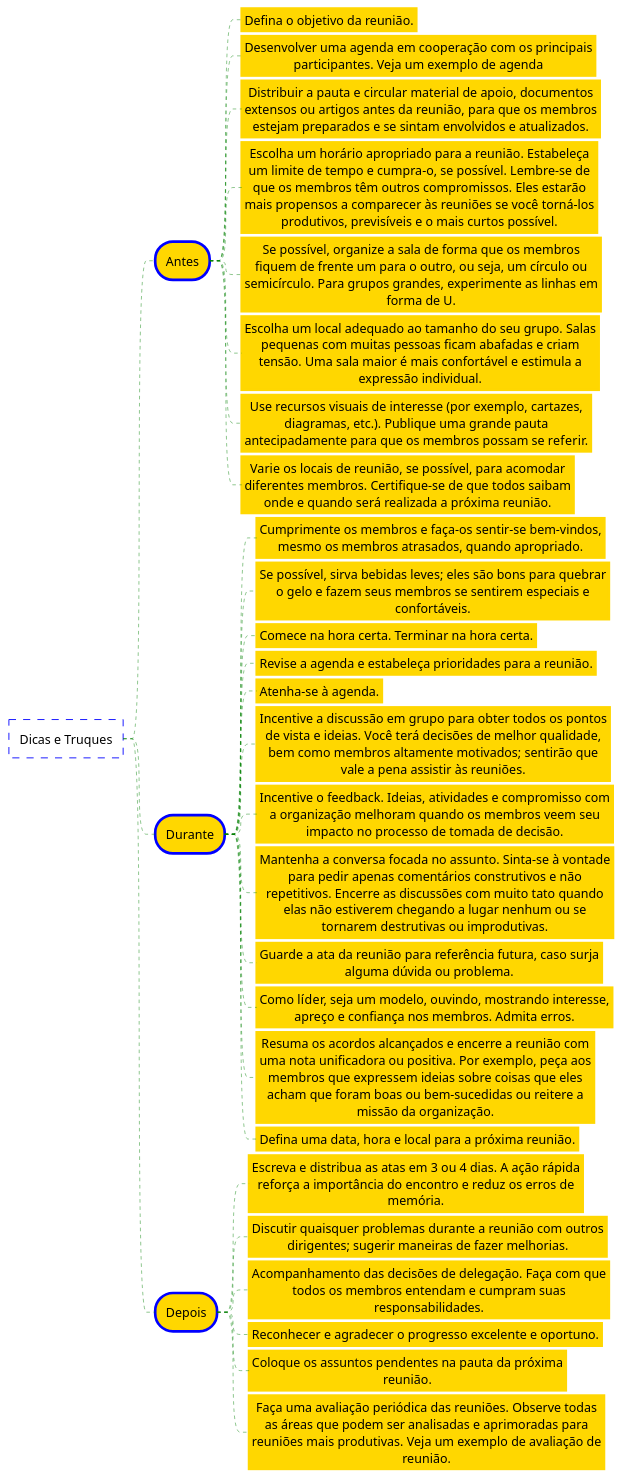
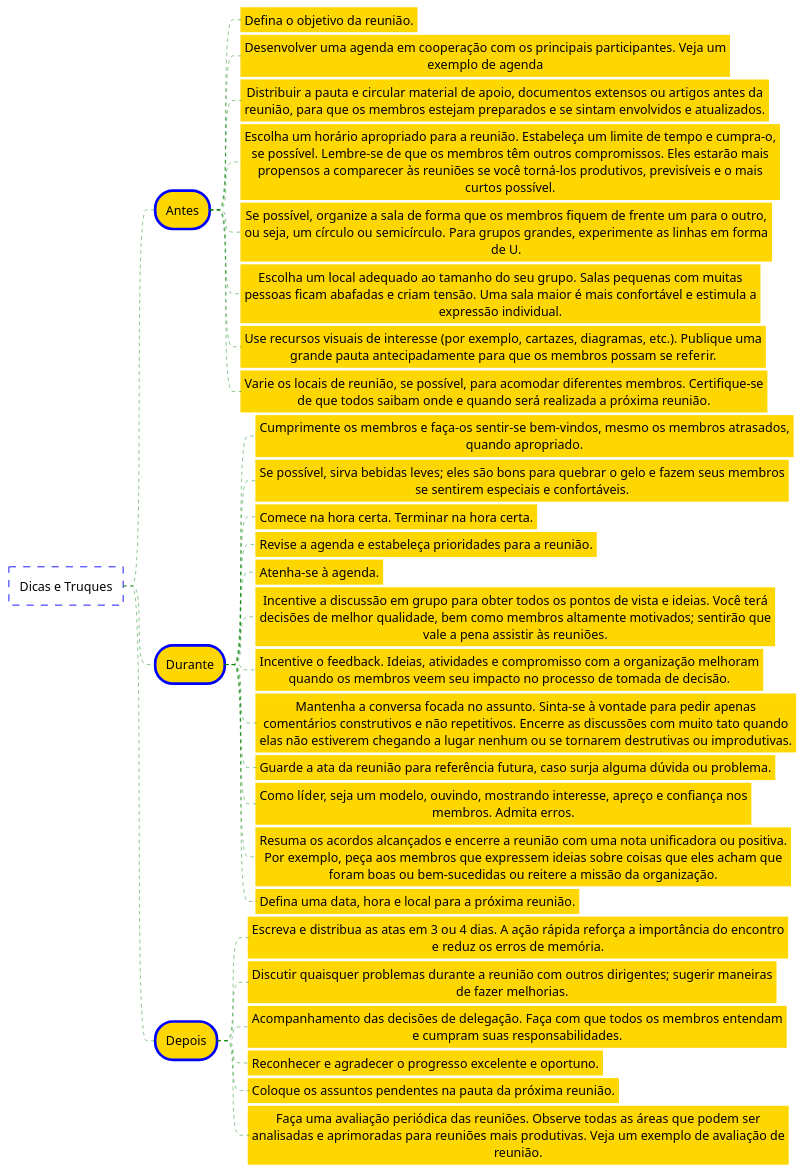
One commit to GiovaniPM/MyCourses changed the diagram in Meetings/reuniao.md. Above: the diagram before and after it, drawn with PlantUML.

Commit message:
giova(DESKTOP-PG18CKU) 210502122432

````diff
--- a/Meetings/reuniao.md
+++ b/Meetings/reuniao.md
@@ -1,68 +1,68 @@
 ```plantuml
 @startmindmap
 <style>
 node {
     Padding 12
     Margin 3
     HorizontalAlignment center
     LineColor blue
     LineThickness 3.0
     BackgroundColor gold
     RoundCorner 40
-    MaximumWidth 400
+    MaximumWidth 600
 }
 
 rootNode {
     LineStyle 8.0;3.0
     LineColor red
     BackgroundColor white
     LineThickness 1.0
     RoundCorner 0
     Shadowing 0.0
 }
 
 leafNode {
     LineColor gold
     RoundCorner 0
     Padding 3
 }
 
 arrow {
     ;LineStyle 4
     ;LineThickness 0.5
     LineColor green
 }
 </style>
 
 * Dicas e Truques
 ** Antes
 *** Defina o objetivo da reunião.
 *** Desenvolver uma agenda em cooperação com os principais participantes. Veja um exemplo de agenda
 *** Distribuir a pauta e circular material de apoio, documentos extensos ou artigos antes da reunião, para que os membros estejam preparados e se sintam envolvidos e atualizados.
 *** Escolha um horário apropriado para a reunião. Estabeleça um limite de tempo e cumpra-o, se possível. Lembre-se de que os membros têm outros compromissos. Eles estarão mais propensos a comparecer às reuniões se você torná-los produtivos, previsíveis e o mais curtos possível.
 *** Se possível, organize a sala de forma que os membros fiquem de frente um para o outro, ou seja, um círculo ou semicírculo. Para grupos grandes, experimente as linhas em forma de U.
 *** Escolha um local adequado ao tamanho do seu grupo. Salas pequenas com muitas pessoas ficam abafadas e criam tensão. Uma sala maior é mais confortável e estimula a expressão individual.
 *** Use recursos visuais de interesse (por exemplo, cartazes, diagramas, etc.). Publique uma grande pauta antecipadamente para que os membros possam se referir.
 *** Varie os locais de reunião, se possível, para acomodar diferentes membros. Certifique-se de que todos saibam onde e quando será realizada a próxima reunião.
 ** Durante
 *** Cumprimente os membros e faça-os sentir-se bem-vindos, mesmo os membros atrasados, quando apropriado.
 *** Se possível, sirva bebidas leves; eles são bons para quebrar o gelo e fazem seus membros se sentirem especiais e confortáveis.
 *** Comece na hora certa. Terminar na hora certa.
 *** Revise a agenda e estabeleça prioridades para a reunião.
 *** Atenha-se à agenda.
 *** Incentive a discussão em grupo para obter todos os pontos de vista e ideias. Você terá decisões de melhor qualidade, bem como membros altamente motivados; sentirão que vale a pena assistir às reuniões.
 *** Incentive o feedback. Ideias, atividades e compromisso com a organização melhoram quando os membros veem seu impacto no processo de tomada de decisão.
 *** Mantenha a conversa focada no assunto. Sinta-se à vontade para pedir apenas comentários construtivos e não repetitivos. Encerre as discussões com muito tato quando elas não estiverem chegando a lugar nenhum ou se tornarem destrutivas ou improdutivas.
 *** Guarde a ata da reunião para referência futura, caso surja alguma dúvida ou problema.
 *** Como líder, seja um modelo, ouvindo, mostrando interesse, apreço e confiança nos membros. Admita erros.
 *** Resuma os acordos alcançados e encerre a reunião com uma nota unificadora ou positiva. Por exemplo, peça aos membros que expressem ideias sobre coisas que eles acham que foram boas ou bem-sucedidas ou reitere a missão da organização.
 *** Defina uma data, hora e local para a próxima reunião.
 ** Depois
 *** Escreva e distribua as atas em 3 ou 4 dias. A ação rápida reforça a importância do encontro e reduz os erros de memória.
 *** Discutir quaisquer problemas durante a reunião com outros dirigentes; sugerir maneiras de fazer melhorias.
 *** Acompanhamento das decisões de delegação. Faça com que todos os membros entendam e cumpram suas responsabilidades.
 *** Reconhecer e agradecer o progresso excelente e oportuno.
 *** Coloque os assuntos pendentes na pauta da próxima reunião.
 *** Faça uma avaliação periódica das reuniões. Observe todas as áreas que podem ser analisadas e aprimoradas para reuniões mais produtivas. Veja um exemplo de avaliação de reunião.
 @endmindmap
 ```
````
